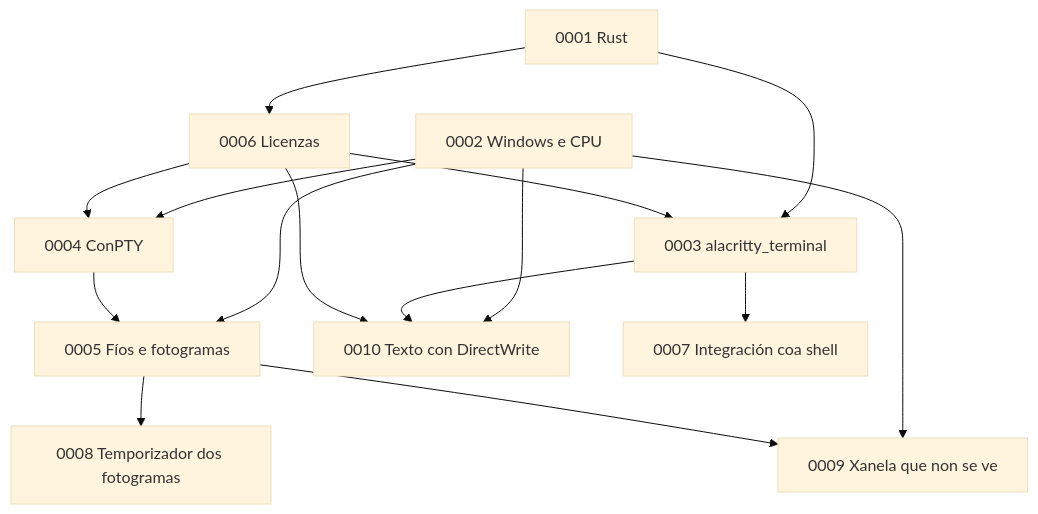
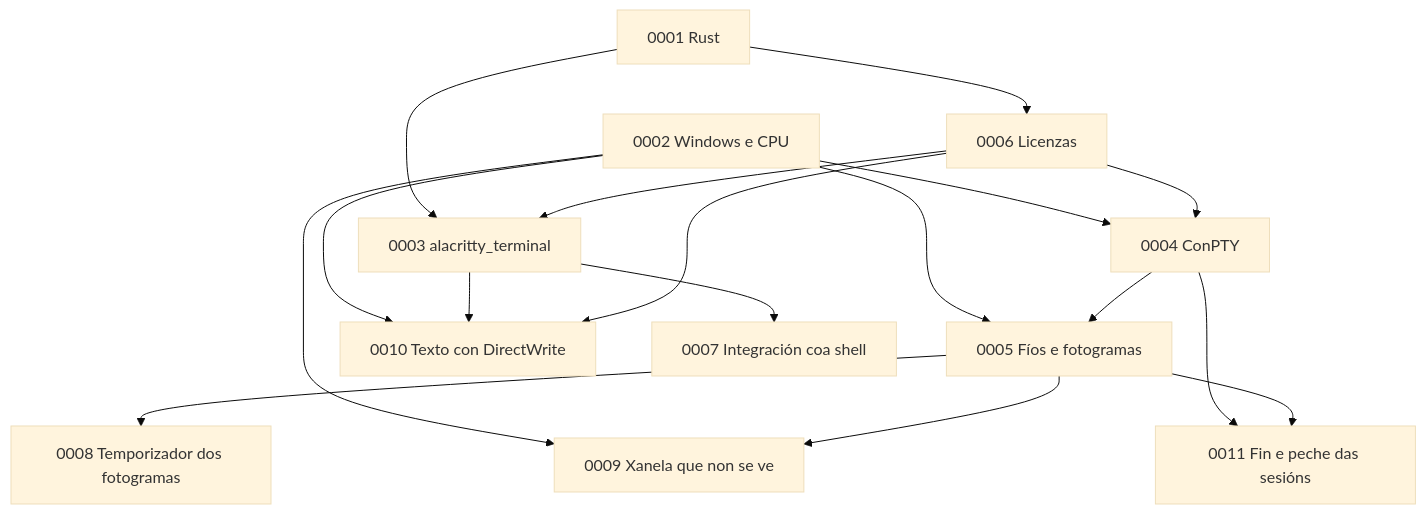
The diagram in docs/adr/README.md (NewHouses/meiga), drawn with Mermaid (base theme) before and after one commit. The commit also changed other lines of this file and 29 other files, not shown here.

````diff
--- a/docs/adr/README.md
+++ b/docs/adr/README.md
@@ -31,17 +32,19 @@
 ```mermaid
 graph TD
     A1["0001 Rust"] --> A3["0003 alacritty_terminal"]
     A1 --> A6["0006 Licenzas"]
     A2["0002 Windows e CPU"] --> A4["0004 ConPTY"]
     A2 --> A5["0005 Fíos e fotogramas"]
     A2 --> A9["0009 Xanela que non se ve"]
     A2 --> A10["0010 Texto con DirectWrite"]
     A3 --> A7["0007 Integración coa shell"]
     A3 --> A10
     A4 --> A5
+    A4 --> A11["0011 Fin e peche das sesións"]
     A5 --> A8["0008 Temporizador dos fotogramas"]
     A5 --> A9
+    A5 --> A11
     A6 --> A3
     A6 --> A4
     A6 --> A10
 ```
````
